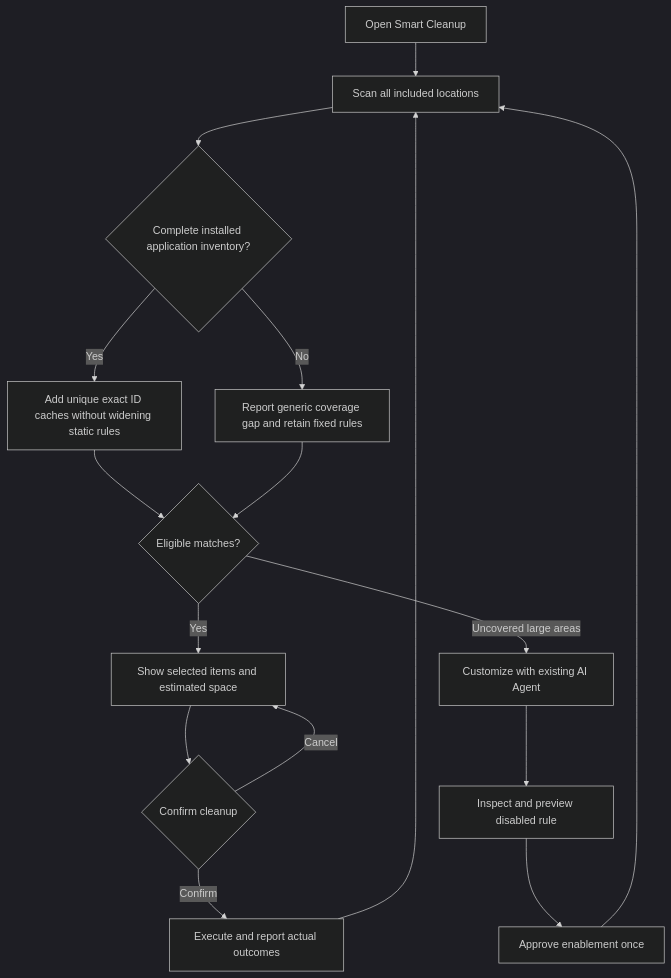
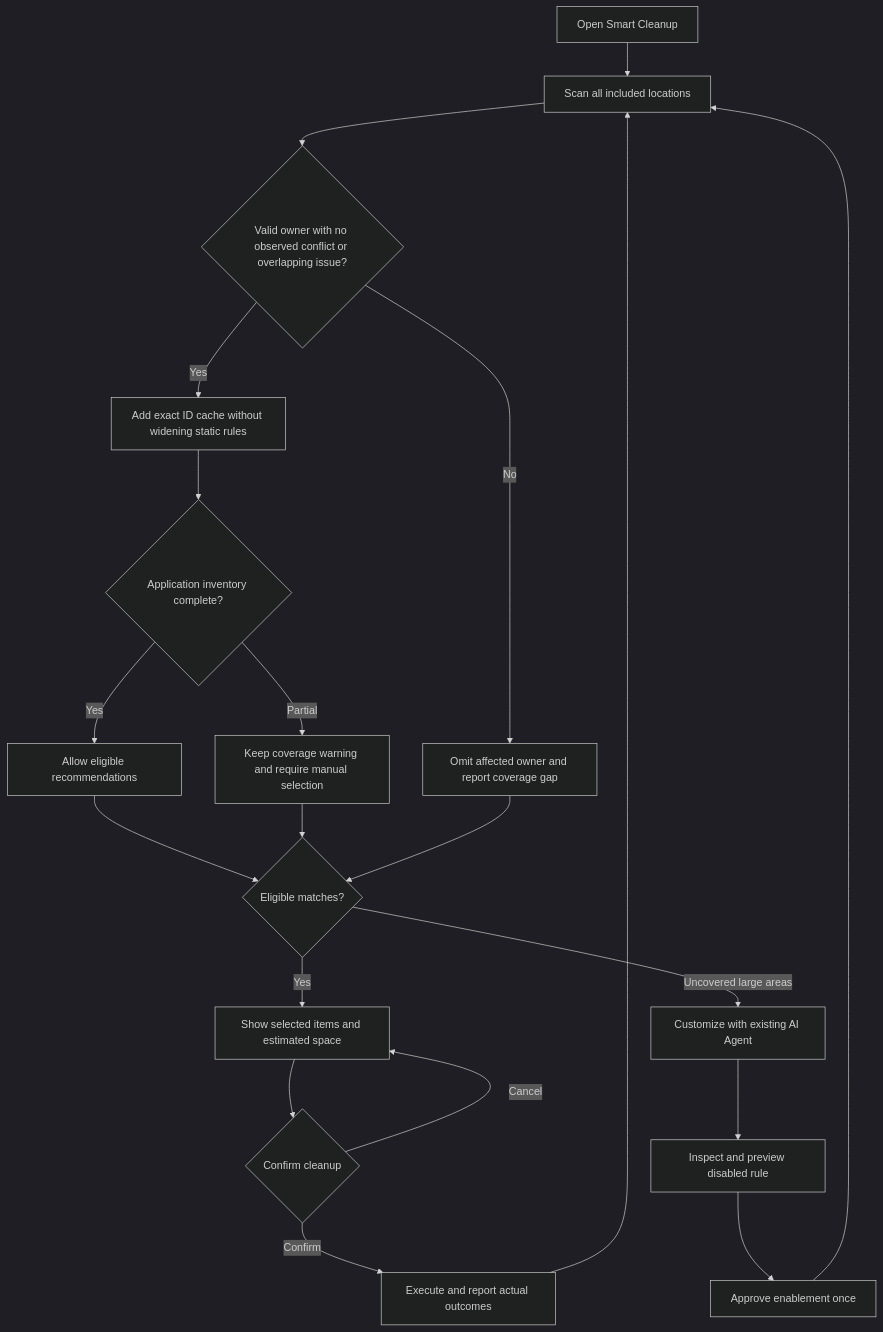
The second of 3 diagrams in docs/product/unified-cleanup.md (limecloud/shou), drawn with Mermaid (dark theme) before and after one commit. The commit also changed other lines of this file and 87 other files, not shown here.

````diff
--- a/docs/product/unified-cleanup.md
+++ b/docs/product/unified-cleanup.md
@@ -63,19 +65,23 @@
 ```mermaid
 flowchart TD
   Open[Open Smart Cleanup] --> Scan[Scan all included locations]
-  Scan --> Ownership{Complete installed application inventory?}
-  Ownership -->|Yes| Exact[Add unique exact ID caches without widening static rules]
-  Ownership -->|No| Gap[Report generic coverage gap and retain fixed rules]
-  Exact --> Found
+  Scan --> Ownership{Valid owner with no observed conflict or overlapping issue?}
+  Ownership -->|Yes| Exact[Add exact ID cache without widening static rules]
+  Ownership -->|No| Gap[Omit affected owner and report coverage gap]
+  Exact --> Coverage{Application inventory complete?}
+  Coverage -->|Yes| Recommend[Allow eligible recommendations]
+  Coverage -->|Partial| Manual[Keep coverage warning and require manual selection]
+  Recommend --> Found
+  Manual --> Found
   Gap --> Found
   Found{Eligible matches?}
   Found -->|Yes| Review[Show selected items and estimated space]
   Review --> Confirm{Confirm cleanup}
   Confirm -->|Confirm| Run[Execute and report actual outcomes]
   Confirm -->|Cancel| Review
   Found -->|Uncovered large areas| Agent[Customize with existing AI Agent]
   Agent --> Draft[Inspect and preview disabled rule]
   Draft --> Enable[Approve enablement once]
   Enable --> Scan
   Run --> Scan
 ```
````
